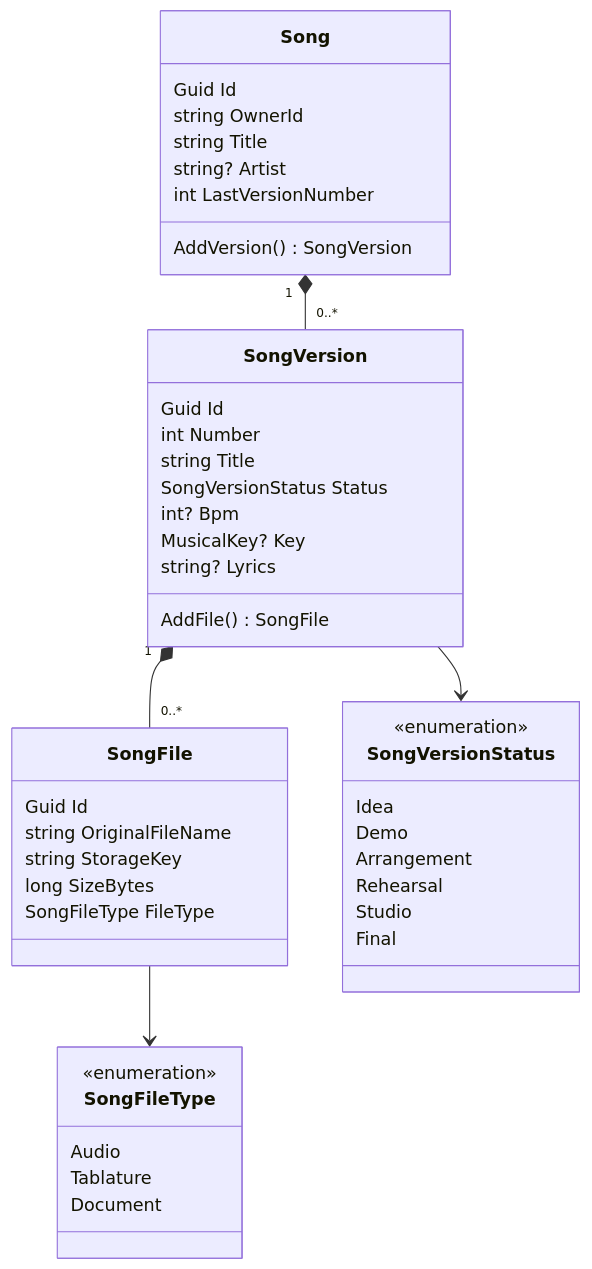
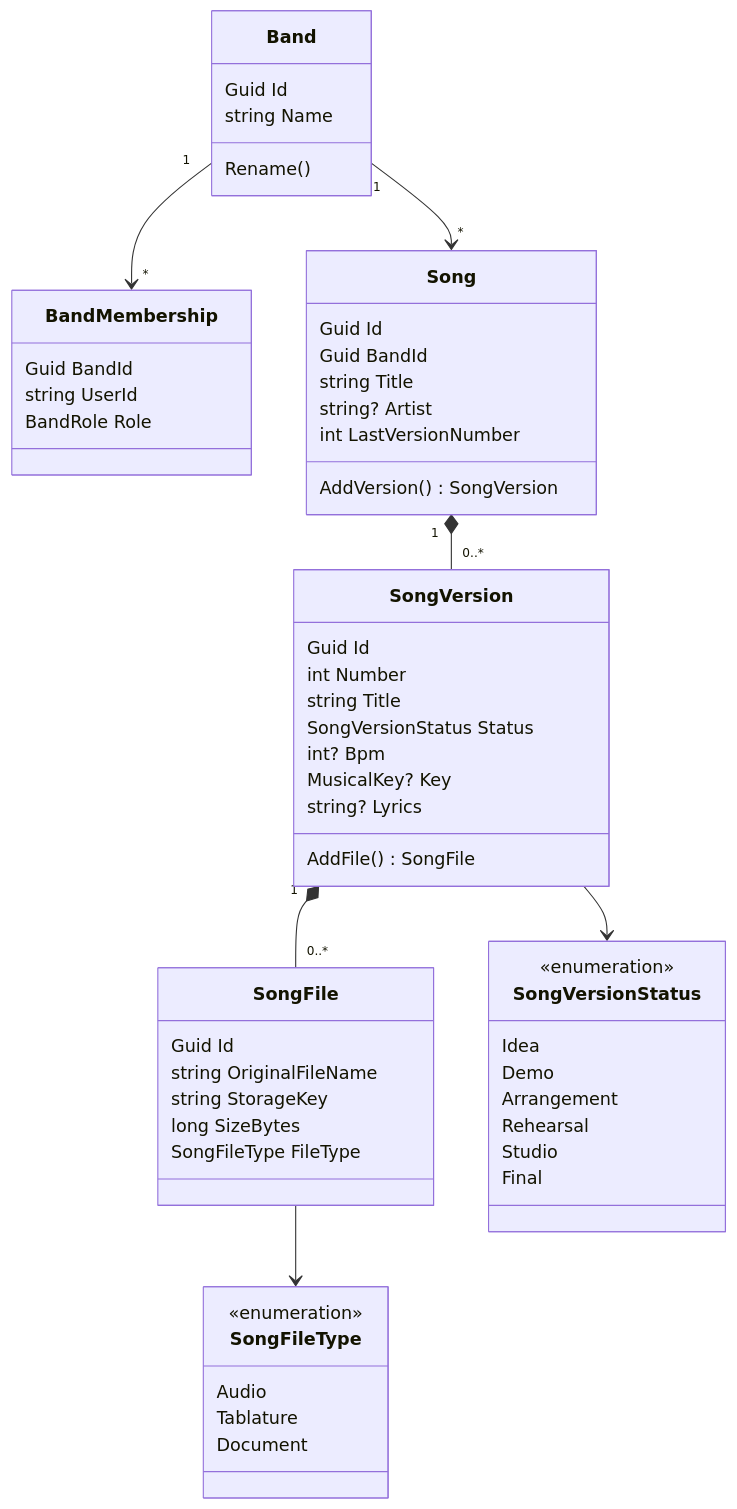
The third of 5 diagrams in docs/architecture.md (niko0543-png/SongVault_master), drawn with Mermaid before and after one commit. The commit also changed other lines of this file and 80 other files, not shown here.

````diff
--- a/docs/architecture.md
+++ b/docs/architecture.md
@@ -36,47 +36,59 @@
 ```mermaid
 classDiagram
+    class Band {
+        Guid Id
+        string Name
+        Rename()
+    }
+    class BandMembership {
+        Guid BandId
+        string UserId
+        BandRole Role
+    }
+    Band "1" --> "*" BandMembership
+    Band "1" --> "*" Song
     class Song {
         Guid Id
-        string OwnerId
+        Guid BandId
         string Title
         string? Artist
         int LastVersionNumber
         AddVersion() SongVersion
     }
     class SongVersion {
         Guid Id
         int Number
         string Title
         SongVersionStatus Status
         int? Bpm
         MusicalKey? Key
         string? Lyrics
         AddFile() SongFile
     }
     class SongFile {
         Guid Id
         string OriginalFileName
         string StorageKey
         long SizeBytes
         SongFileType FileType
     }
     class SongVersionStatus {
         <<enumeration>>
         Idea
         Demo
         Arrangement
         Rehearsal
         Studio
         Final
     }
     class SongFileType {
         <<enumeration>>
         Audio
         Tablature
         Document
     }
     Song "1" *-- "0..*" SongVersion
     SongVersion "1" *-- "0..*" SongFile
     SongVersion --> SongVersionStatus
     SongFile --> SongFileType
 ```
````
